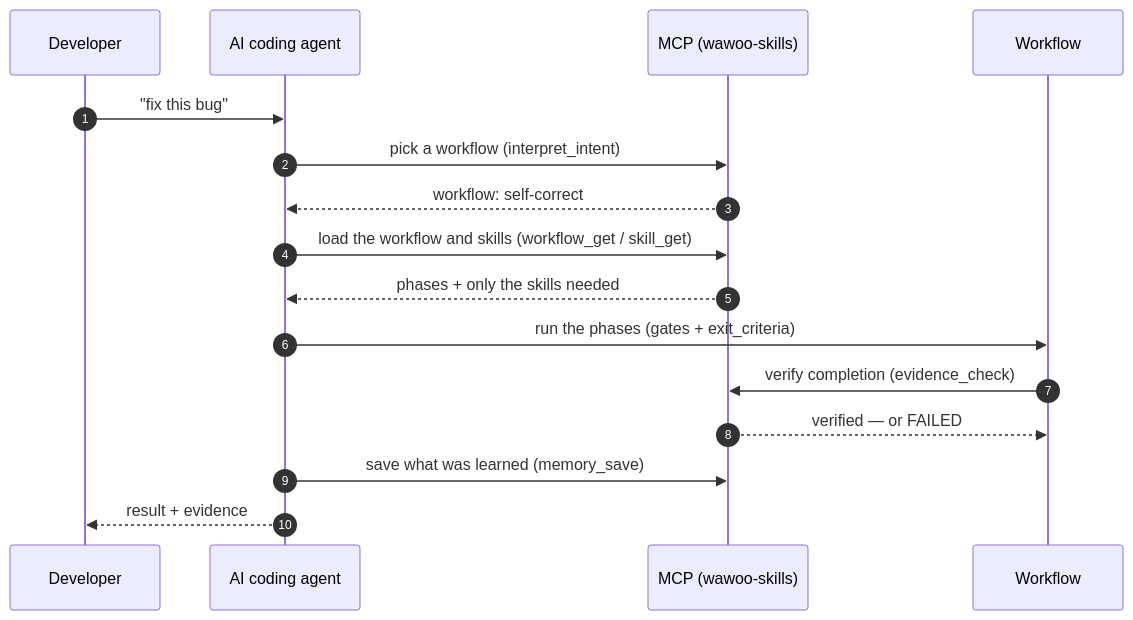
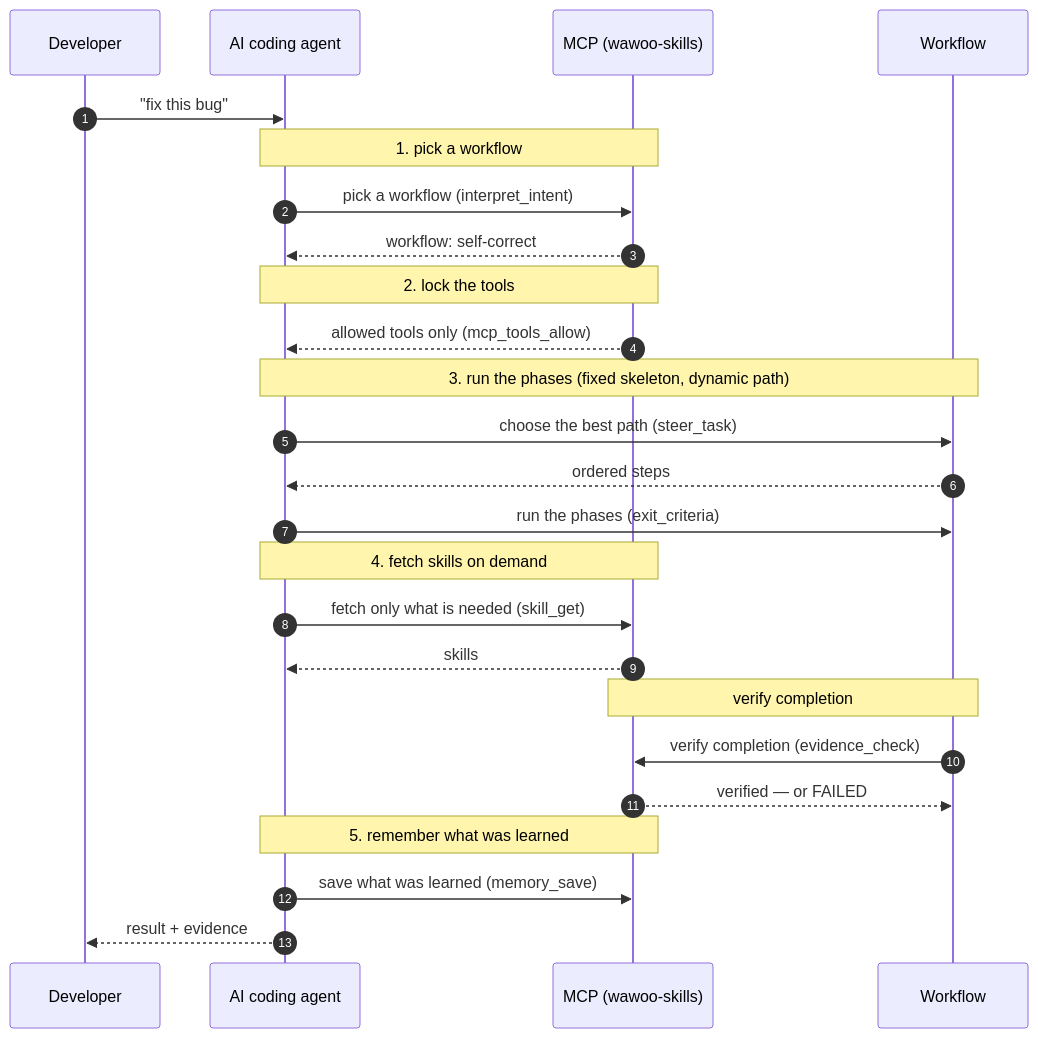
The diagram in README.md (parkwoo/wawoo-agent-skills), drawn with Mermaid before and after one commit. The commit also changed 3 other files, not shown here.

Commit message:
docs: number the sequence diagram to match the five components (dynamic path inside step 3)

````diff
--- a/README.md
+++ b/README.md
@@ -80,18 +80,27 @@
 ```mermaid
 sequenceDiagram
     autonumber
     participant U as Developer
     participant A as AI coding agent
     participant M as MCP (wawoo-skills)
     participant W as Workflow
     U->>A: "fix this bug"
+    Note over A,M: 1. pick a workflow
     A->>M: pick a workflow (interpret_intent)
     M-->>A: workflow: self-correct
-    A->>M: load the workflow and skills (workflow_get / skill_get)
-    M-->>A: phases + only the skills needed
-    A->>W: run the phases (gates + exit_criteria)
+    Note over A,M: 2. lock the tools
+    M-->>A: allowed tools only (mcp_tools_allow)
+    Note over A,W: 3. run the phases (fixed skeleton, dynamic path)
+    A->>W: choose the best path (steer_task)
+    W-->>A: ordered steps
+    A->>W: run the phases (exit_criteria)
+    Note over A,M: 4. fetch skills on demand
+    A->>M: fetch only what is needed (skill_get)
+    M-->>A: skills
+    Note over W,M: verify completion
     W->>M: verify completion (evidence_check)
     M-->>W: verified — or FAILED
+    Note over A,M: 5. remember what was learned
     A->>M: save what was learned (memory_save)
     A-->>U: result + evidence
 ```
````
